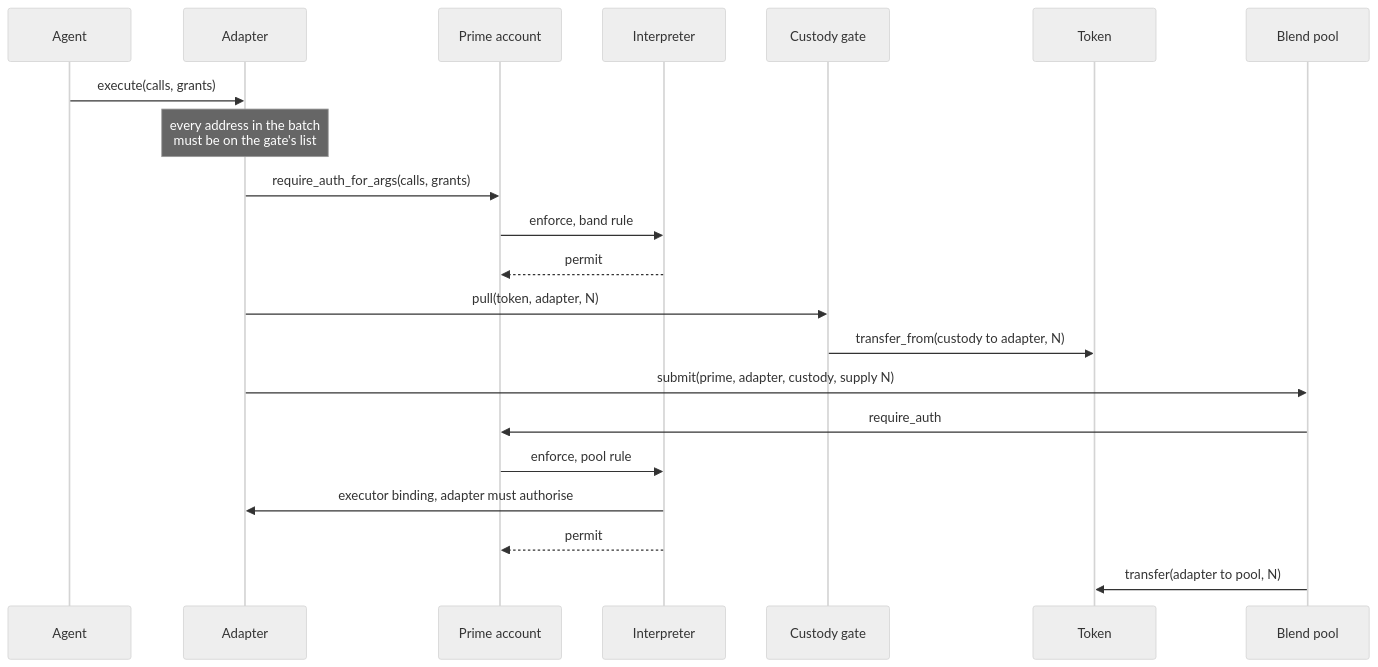
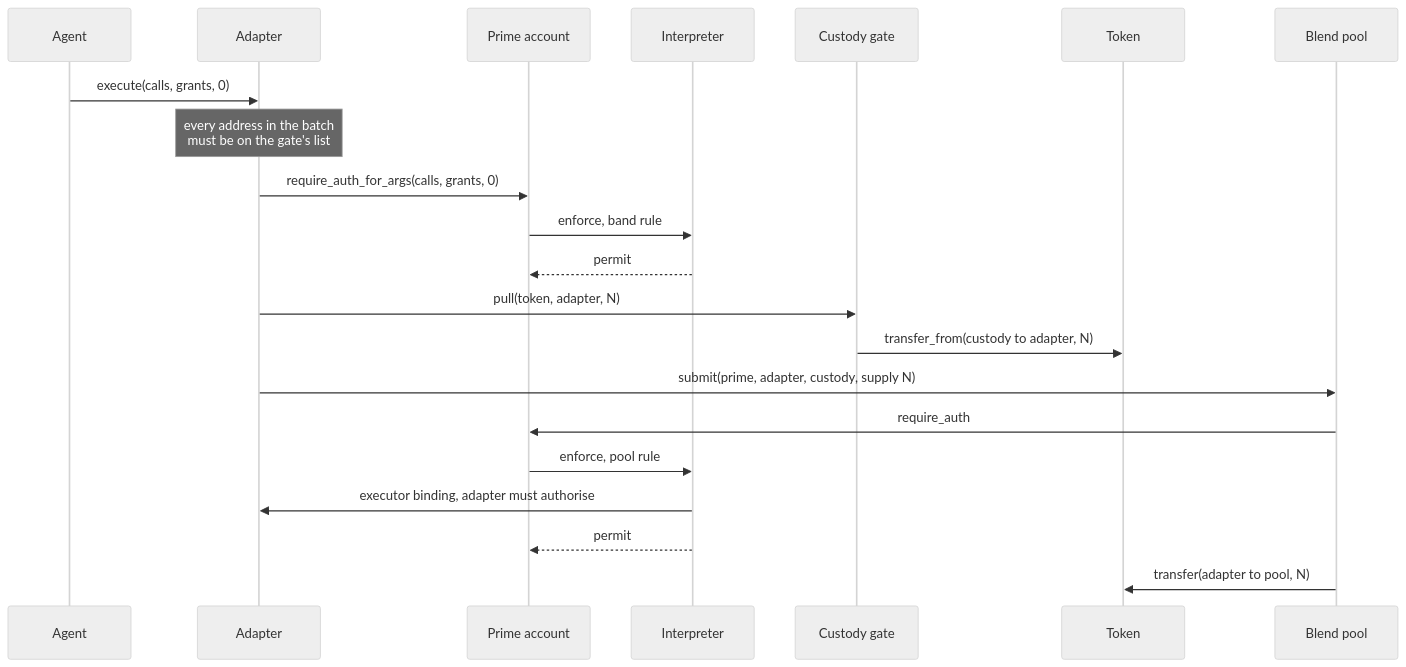
The second of 2 diagrams in docs/stellar.md (untangledfinance/oz-policy-builder), drawn with Mermaid (neutral theme) before and after one commit. The commit also changed other lines of this file and 15 other files, not shown here.

````diff
--- a/docs/stellar.md
+++ b/docs/stellar.md
@@ -668,23 +557,23 @@
 ```mermaid
 sequenceDiagram
     participant AG as Agent
     participant AD as Adapter
     participant PR as Prime account
     participant IN as Interpreter
     participant GA as Custody gate
     participant TK as Token
     participant PO as Blend pool
-    AG->>AD: execute(calls, grants)
+    AG->>AD: execute(calls, grants, 0)
     Note over AD: every address in the batch<br/>must be on the gate's list
-    AD->>PR: require_auth_for_args(calls, grants)
+    AD->>PR: require_auth_for_args(calls, grants, 0)
     PR->>IN: enforce, band rule
     IN-->>PR: permit
     AD->>GA: pull(token, adapter, N)
     GA->>TK: transfer_from(custody to adapter, N)
     AD->>PO: submit(prime, adapter, custody, supply N)
     PO->>PR: require_auth
     PR->>IN: enforce, pool rule
     IN->>AD: executor binding, adapter must authorise
     IN-->>PR: permit
     PO->>TK: transfer(adapter to pool, N)
 ```
````
